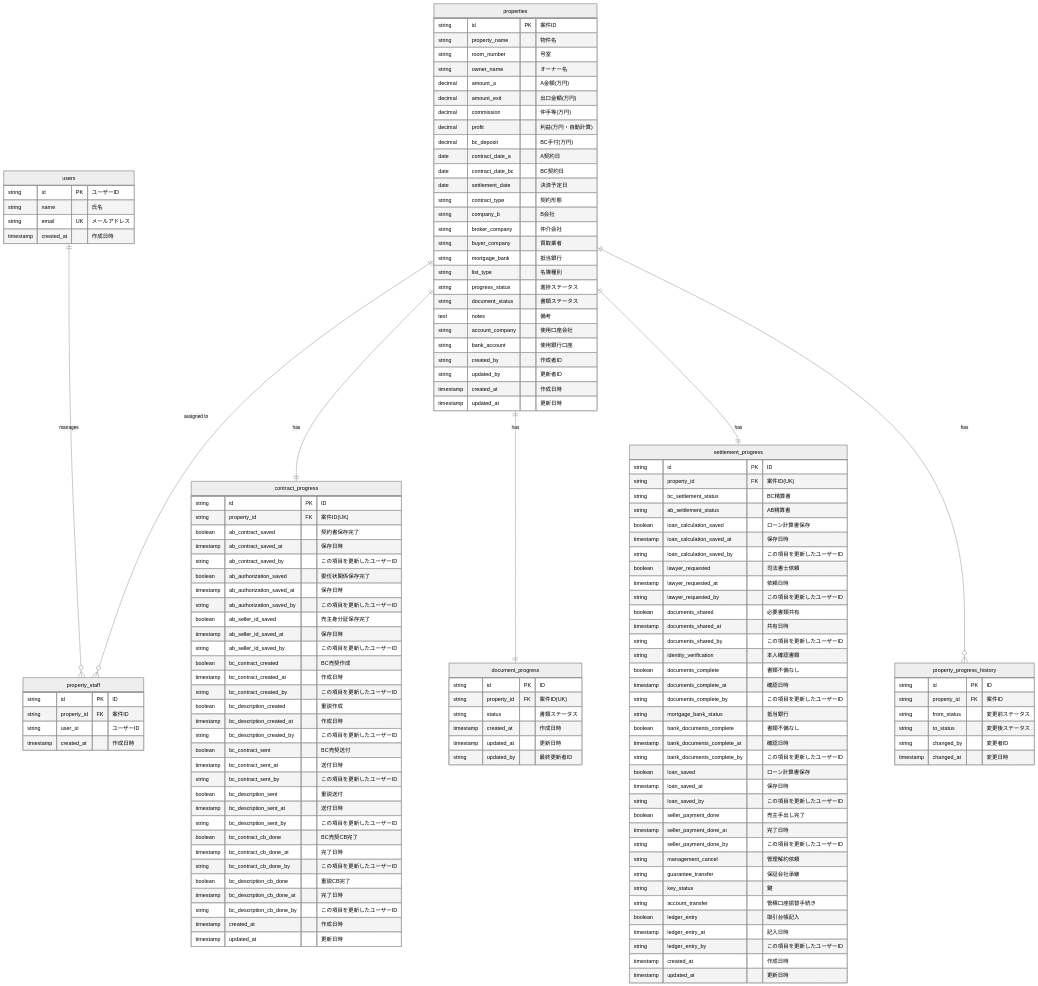
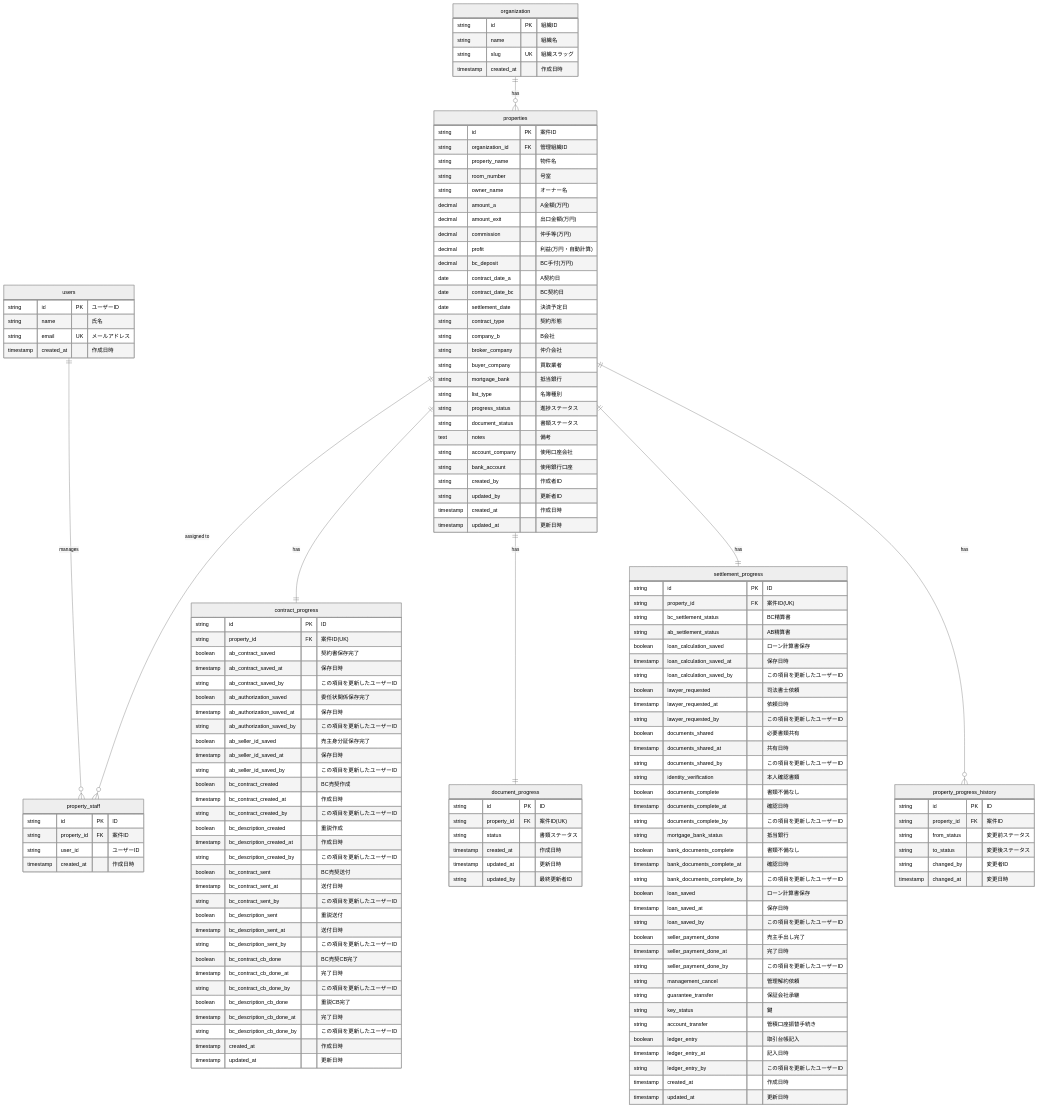
One commit to biz-search-system/deal-property-v2 changed the diagram in apps/doc/definition/mvp/db/er-diagram-visual.md. Above: the diagram before and after it, drawn with Mermaid (neutral theme). The commit also changed 3 other files, not shown here.

```diff
--- a/apps/doc/definition/mvp/db/er-diagram-visual.md
+++ b/apps/doc/definition/mvp/db/er-diagram-visual.md
@@ -14,6 +14,7 @@
 erDiagram
     %% ユーザー関連 (Better Auth管理)
     users ||--o{ property_staff : "manages"
+    organization ||--o{ properties : "has"
 
     %% 案件関連
     properties ||--o{ property_staff : "assigned to"
@@ -30,9 +31,18 @@
         timestamp created_at "作成日時"
     }
 
+    %% 組織テーブル (Better Auth)
+    organization {
+        string id PK "組織ID"
+        string name "組織名"
+        string slug UK "組織スラッグ"
+        timestamp created_at "作成日時"
+    }
+
     %% 案件テーブル
     properties {
         string id PK "案件ID"
+        string organization_id FK "管理組織ID"
         string property_name "物件名"
         string room_number "号室"
         string owner_name "オーナー名"
```
